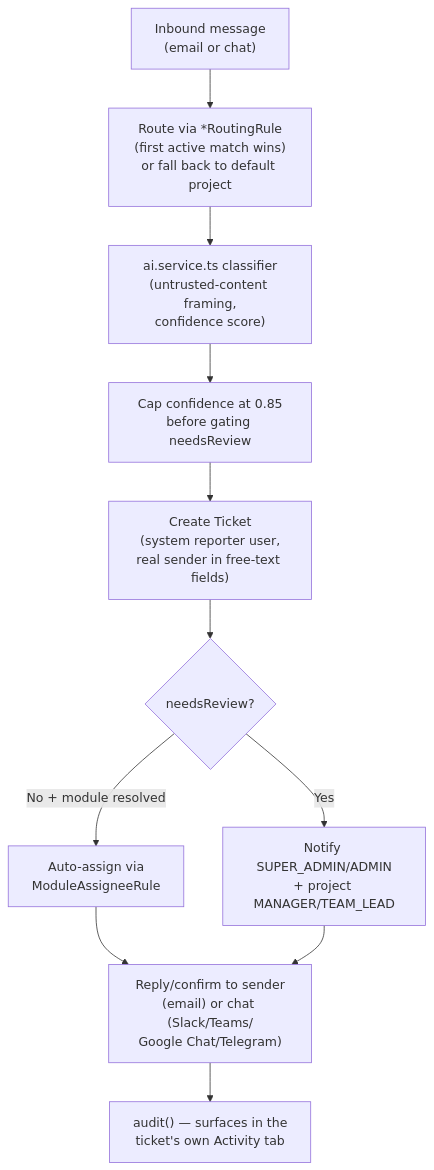
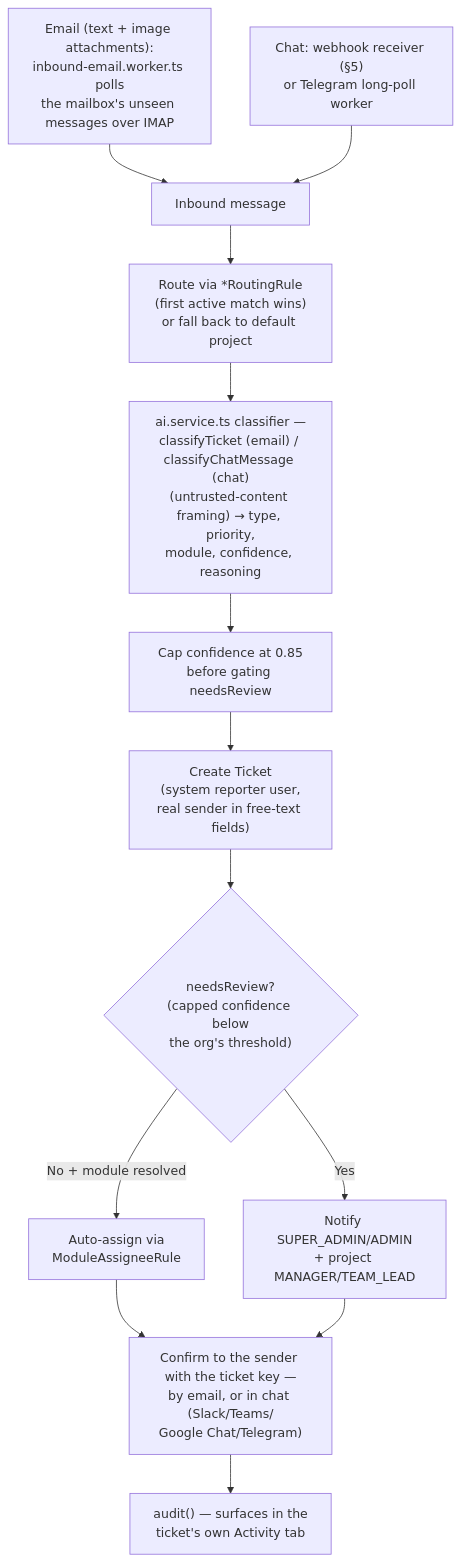
The fourth of 10 diagrams in docs/ARCHITECTURE.md (adityapuppala1/TimeSheet), drawn with Mermaid before and after one commit. The commit also changed other lines of this file and 25 other files, not shown here.

````diff
--- a/docs/ARCHITECTURE.md
+++ b/docs/ARCHITECTURE.md
@@ -1025,13 +1168,15 @@
 ```mermaid
 flowchart TB
-    In["Inbound message\n(email or chat)"] --> Route["Route via *RoutingRule\n(first active match wins)\nor fall back to default project"]
-    Route --> Classify["ai.service.ts classifier\n(untrusted-content framing,\nconfidence score)"]
+    Mail["Email (text + image attachments):\ninbound-email.worker.ts polls\nthe mailbox's unseen messages over IMAP"] --> In
+    Chat["Chat: webhook receiver (§5)\nor Telegram long-poll worker"] --> In
+    In["Inbound message"] --> Route["Route via *RoutingRule\n(first active match wins)\nor fall back to default project"]
+    Route --> Classify["ai.service.ts classifier —\nclassifyTicket (email) / classifyChatMessage (chat)\n(untrusted-content framing) → type, priority,\nmodule, confidence, reasoning"]
     Classify --> Cap["Cap confidence at 0.85\nbefore gating needsReview"]
     Cap --> Create["Create Ticket\n(system reporter user,\nreal sender in free-text fields)"]
-    Create --> Gate{needsReview?}
+    Create --> Gate{"needsReview?\n(capped confidence below\nthe org's threshold)"}
     Gate -->|No + module resolved| Assign["Auto-assign via\nModuleAssigneeRule"]
     Gate -->|Yes| Notify["Notify SUPER_ADMIN/ADMIN\n+ project MANAGER/TEAM_LEAD"]
-    Assign --> Reply["Reply/confirm to sender\n(email) or chat (Slack/Teams/\nGoogle Chat/Telegram)"]
+    Assign --> Reply["Confirm to the sender with the ticket key —\nby email, or in chat (Slack/Teams/\nGoogle Chat/Telegram)"]
     Notify --> Reply
     Reply --> Audit["audit() — surfaces in the\nticket's own Activity tab"]
 ```
````
